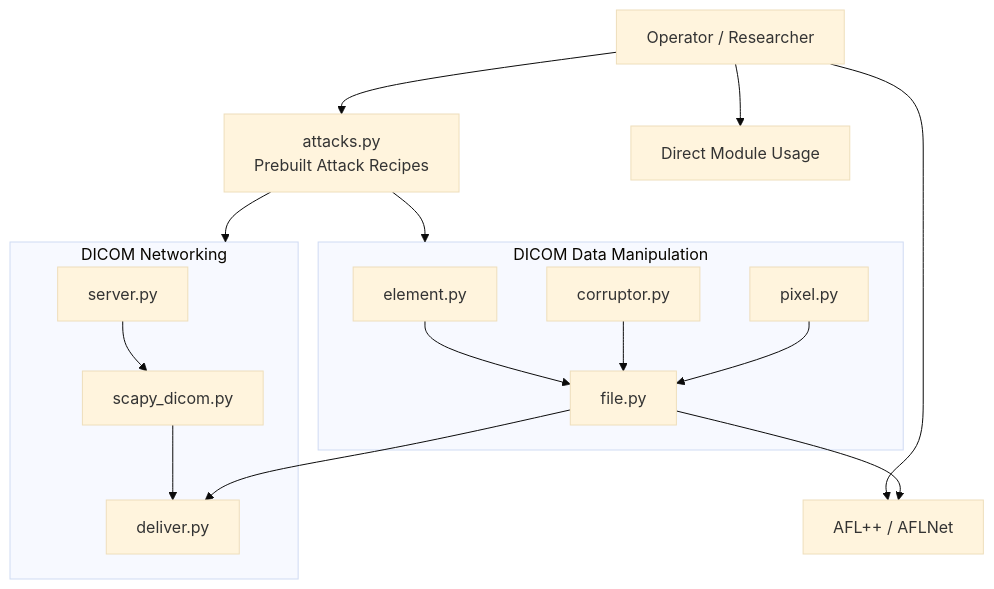
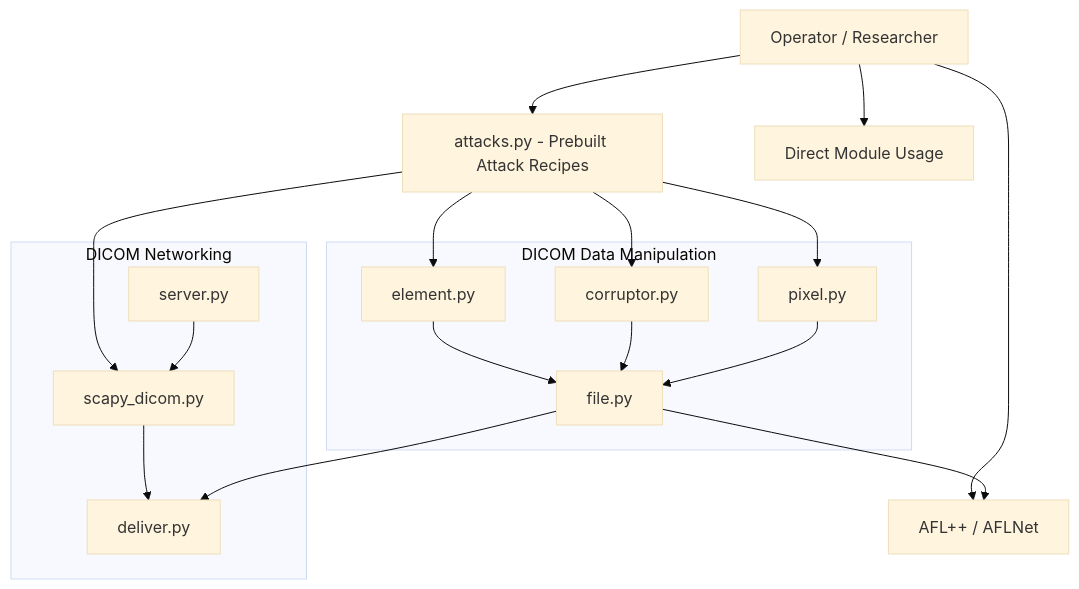
The diagram in README.md (tmart234/C-SCARE), drawn with Mermaid (base theme) before and after one commit.

````diff
--- a/README.md
+++ b/README.md
@@ -19,40 +19,42 @@
 ```mermaid
 flowchart TD
 
-    USER["Operator / Researcher"]
+    USER[Operator / Researcher]
 
     USER --> ATTACKS
-    USER --> RAW_API
+    USER --> RAWAPI
     USER --> AFL
 
-    ATTACKS["attacks.py<br/>Prebuilt Attack Recipes"]
+    ATTACKS[attacks.py - Prebuilt Attack Recipes]
 
-    subgraph DATA["DICOM Data Manipulation"]
-        ELEMENT["element.py"]
-        CORRUPTOR["corruptor.py"]
-        PIXEL["pixel.py"]
-        FILE["file.py"]
+    subgraph DATA [DICOM Data Manipulation]
+        ELEMENT[element.py]
+        CORRUPTOR[corruptor.py]
+        PIXEL[pixel.py]
+        FILE[file.py]
     end
 
-    subgraph NET["DICOM Networking"]
-        SCAPY["scapy_dicom.py"]
-        SERVER["server.py"]
-        DELIVER["deliver.py"]
+    subgraph NET [DICOM Networking]
+        SCAPY[scapy_dicom.py]
+        SERVER[server.py]
+        DELIVER[deliver.py]
     end
 
-    AFL["AFL++ / AFLNet"]
-    RAW_API["Direct Module Usage"]
+    RAWAPI[Direct Module Usage]
+    AFL[AFL++ / AFLNet]
 
-    ATTACKS --> DATA
-    ATTACKS --> NET
+    ATTACKS --> ELEMENT
+    ATTACKS --> CORRUPTOR
+    ATTACKS --> PIXEL
+    ATTACKS --> SCAPY
 
     ELEMENT --> FILE
     CORRUPTOR --> FILE
     PIXEL --> FILE
 
     SCAPY --> DELIVER
     SERVER --> SCAPY
 
     FILE --> AFL
     FILE --> DELIVER
 ```
````
